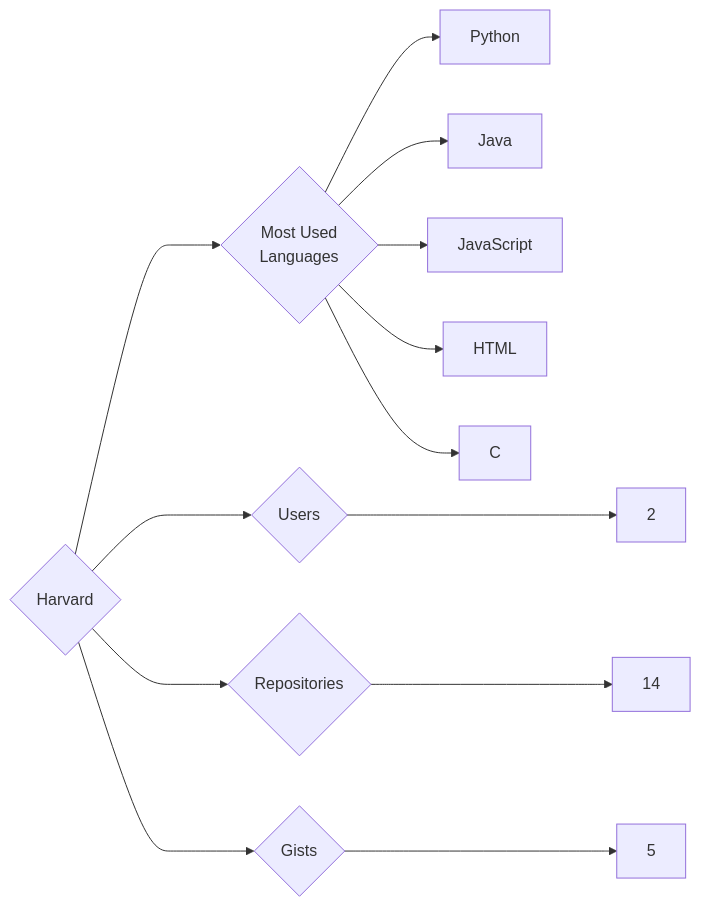
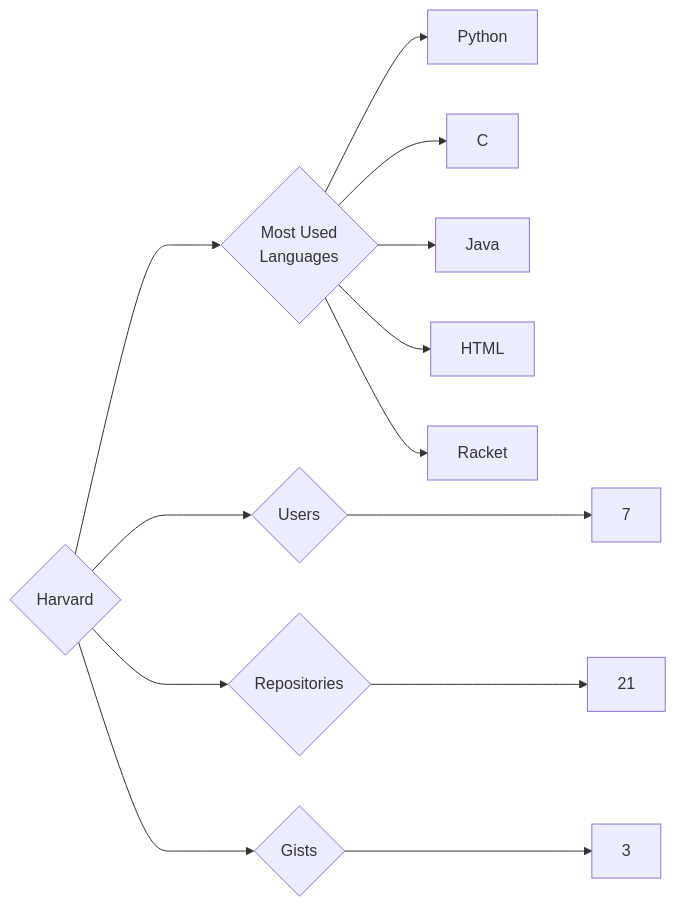
The diagram in targets/Harvard/README.md (trickest/insiders), drawn with Mermaid before and after one commit. The commit also changed 553 other files, not shown here.

````diff
--- a/targets/Harvard/README.md
+++ b/targets/Harvard/README.md
@@ -3,13 +3,13 @@
 ```mermaid
 graph LR
 COMPANY_NAME{Harvard}
-COMPANY_NAME ---> U{Users} ---> UN[2]
-COMPANY_NAME ---> R{Repositories} ---> RN[14]
-COMPANY_NAME ---> G{Gists} ---> GN[5]
+COMPANY_NAME ---> U{Users} ---> UN[7]
+COMPANY_NAME ---> R{Repositories} ---> RN[21]
+COMPANY_NAME ---> G{Gists} ---> GN[3]
 COMPANY_NAME ---> ML{Most Used<br>Languages}
 ML --> Python[Python]
+ML --> C[C]
 ML --> Java[Java]
-ML --> JavaScript[JavaScript]
 ML --> HTML[HTML]
-ML --> C[C]
+ML --> Racket[Racket]
 ```
````
